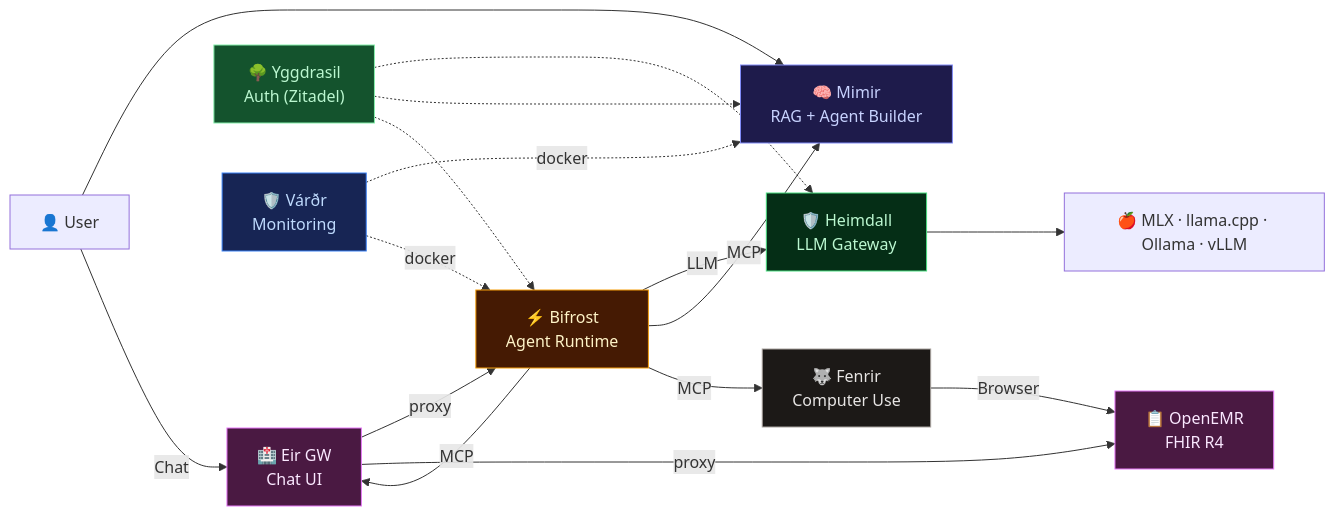
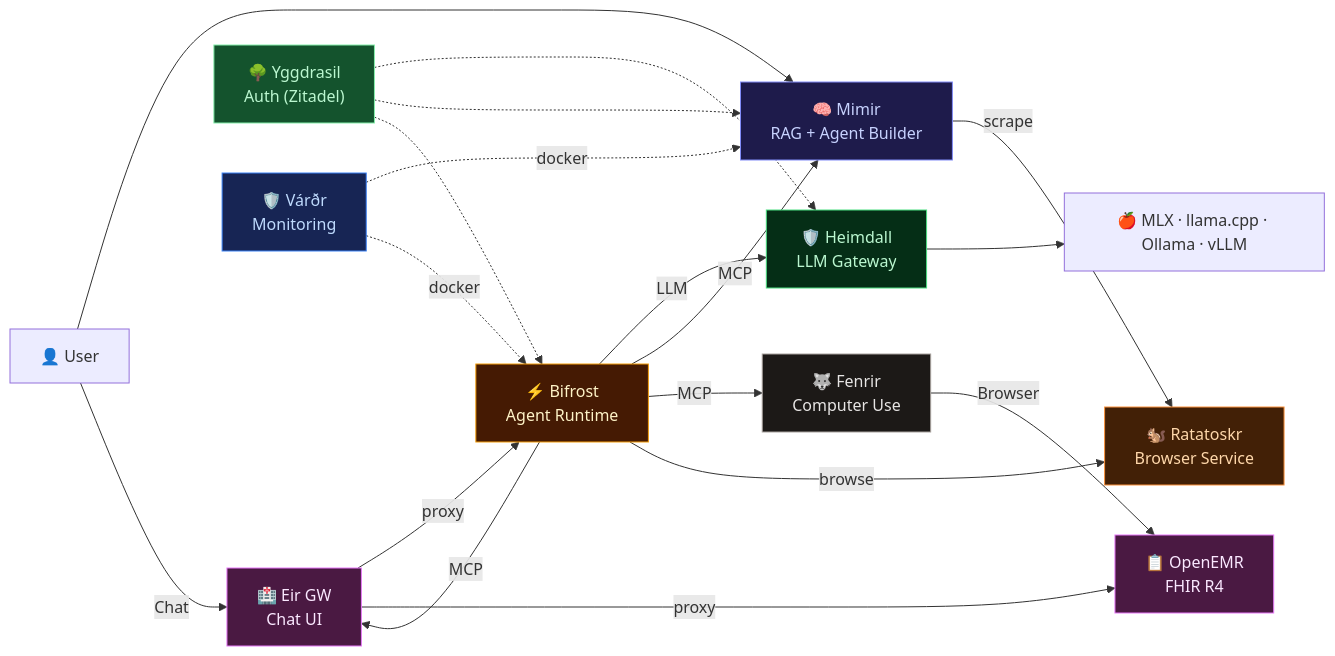
One commit to MegaWiz-Dev-Team/Asgard changed the diagram in README.md. Above: the diagram before and after it, drawn with Mermaid. The commit also changed other lines of this file and 1 other file, not shown here.

First line of the commit message:
feat: add Ratatoskr shared browser service

````diff
--- a/README.md
+++ b/README.md
@@ -17,32 +17,36 @@
 ```mermaid
 graph LR
     User["👤 User"] --> Mimir["🧠 Mimir<br/>RAG + Agent Builder"]
     User --> |"Chat"| EirGW["🏥 Eir GW<br/>Chat UI"]
 
     EirGW --> |"proxy"| Bifrost["⚡ Bifrost<br/>Agent Runtime"]
     Bifrost --> |"LLM"| Heimdall["🛡️ Heimdall<br/>LLM Gateway"]
     Bifrost --> |"MCP"| Mimir
     Bifrost --> |"MCP"| Fenrir["🐺 Fenrir<br/>Computer Use"]
     Bifrost --> |"MCP"| EirGW
+
+    Mimir --> |"scrape"| Ratatoskr["🐿️ Ratatoskr<br/>Browser Service"]
+    Bifrost --> |"browse"| Ratatoskr
 
     EirGW --> |"proxy"| Eir["📋 OpenEMR<br/>FHIR R4"]
     Fenrir --> |"Browser"| Eir
 
     Heimdall --> LLM["🍎 MLX · llama.cpp · Ollama · vLLM"]
 
     Yggdrasil["🌳 Yggdrasil<br/>Auth (Zitadel)"] -.-> Heimdall
     Yggdrasil -.-> Mimir
     Yggdrasil -.-> Bifrost
 
     Vardr["🛡️ Várðr<br/>Monitoring"] -.-> |"docker"| Mimir
     Vardr -.-> |"docker"| Bifrost
 
     style Mimir fill:#1e1b4b,stroke:#818cf8,color:#c7d2fe
     style Bifrost fill:#451a03,stroke:#f59e0b,color:#fef3c7
     style Heimdall fill:#052e16,stroke:#4ade80,color:#bbf7d0
     style Fenrir fill:#1c1917,stroke:#a8a29e,color:#e7e5e4
+    style Ratatoskr fill:#422006,stroke:#fb923c,color:#fed7aa
     style Eir fill:#4a1942,stroke:#e879f9,color:#fae8ff
     style EirGW fill:#4a1942,stroke:#e879f9,color:#fae8ff
     style Yggdrasil fill:#14532d,stroke:#86efac,color:#bbf7d0
     style Vardr fill:#172554,stroke:#3b82f6,color:#bfdbfe
 ```
````
